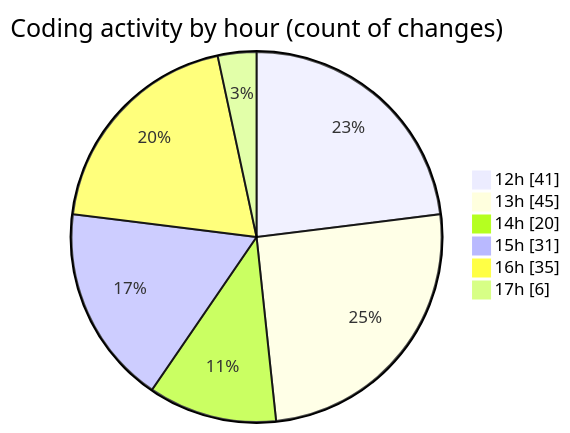
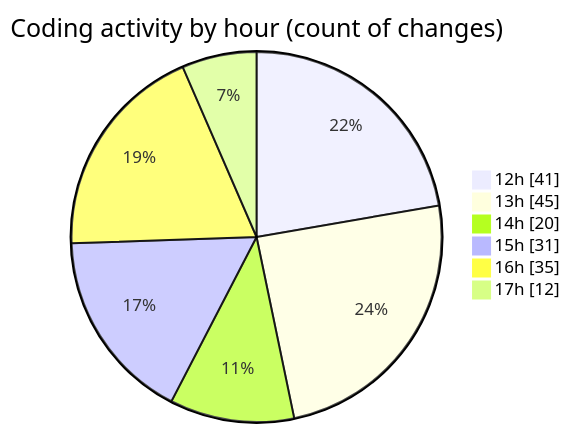
Before and after one commit to momahboobian/code-tracking: the second of 2 diagrams in 2025-12-02/cda/README.md, drawn with Mermaid. The commit also changed other lines of this file and 1 other file, not shown here.

````diff
--- a/2025-12-02/cda/README.md
+++ b/2025-12-02/cda/README.md
@@ -40,10 +40,10 @@
 ```mermaid
 pie showData
 title Coding activity by hour (count of changes)
 "12h" : 41
 "13h" : 45
 "14h" : 20
 "15h" : 31
 "16h" : 35
-"17h" : 6
+"17h" : 12
 ```
````
